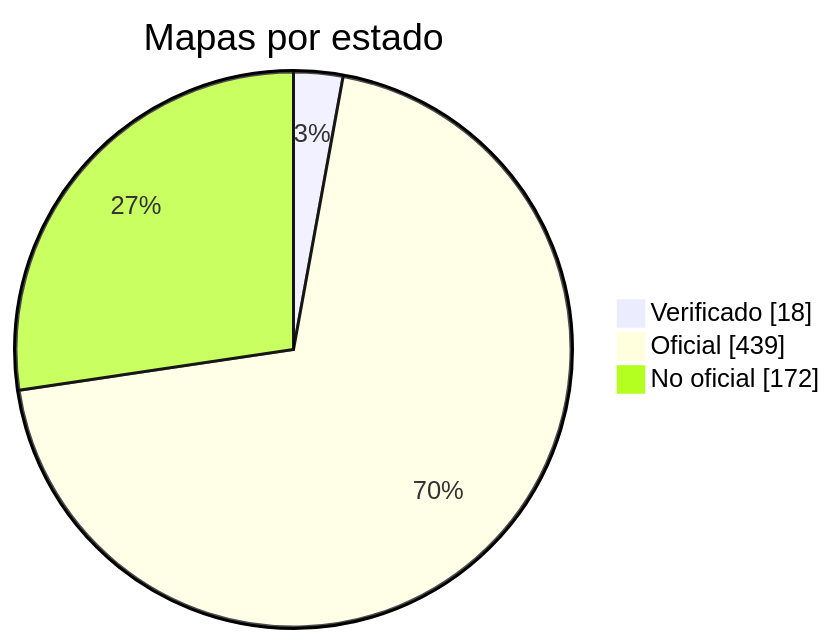
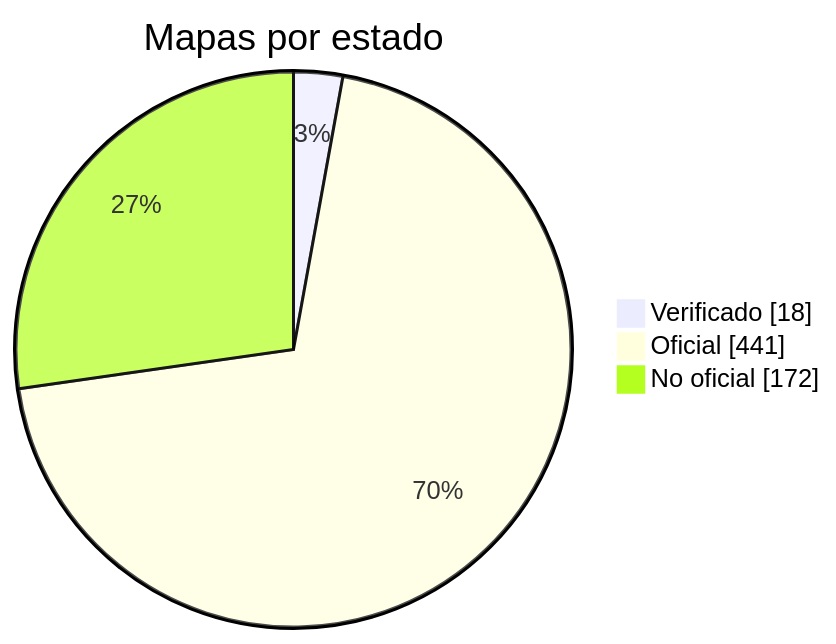
Before and after one commit to nobrega8/mbmap-library: the diagram in docs/readme/README_ES.md, drawn with Mermaid. The commit also changed 7 other files, not shown here.

````diff
--- a/docs/readme/README_ES.md
+++ b/docs/readme/README_ES.md
@@ -54,7 +54,7 @@
 ```mermaid
 pie showData
     title Mapas por estado
     "Verificado" : 18
-    "Oficial" : 439
+    "Oficial" : 441
     "No oficial" : 172
 ```
````
